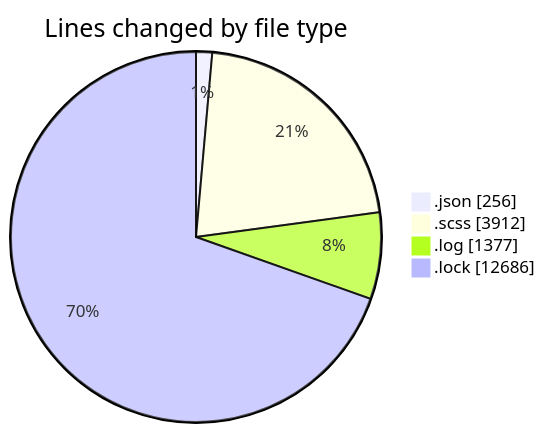
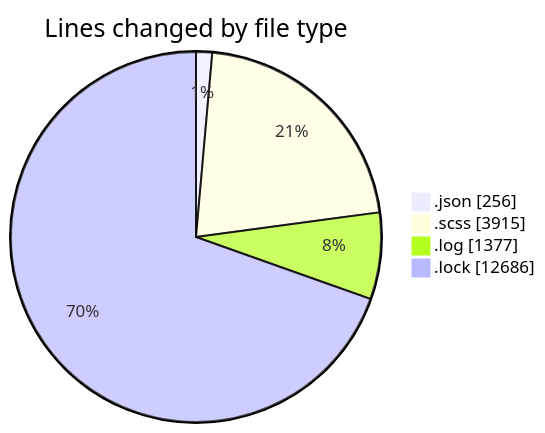
Before and after one commit to momahboobian/code-tracking: the first of 2 diagrams in 2026-01-22/cda/README.md, drawn with Mermaid. The commit also changed other lines of this file and 1 other file, not shown here.

````diff
--- a/2026-01-22/cda/README.md
+++ b/2026-01-22/cda/README.md
@@ -53,8 +53,8 @@
 ```mermaid
 pie showData
 title Lines changed by file type
 ".json" : 256
-".scss" : 3912
+".scss" : 3915
 ".log" : 1377
 ".lock" : 12686
 ```
````
